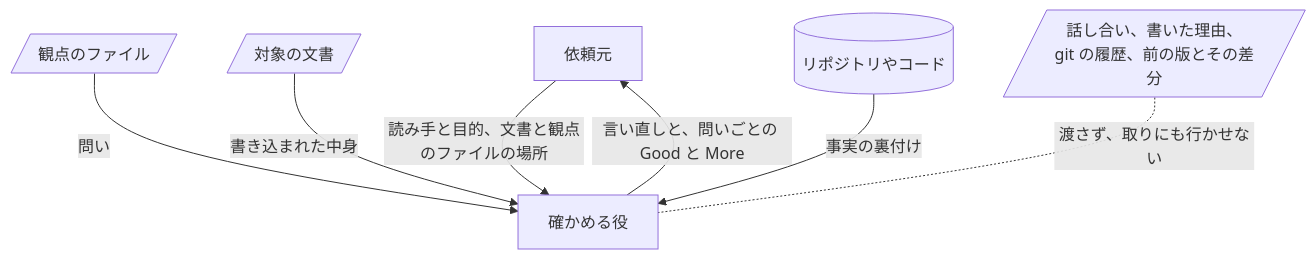
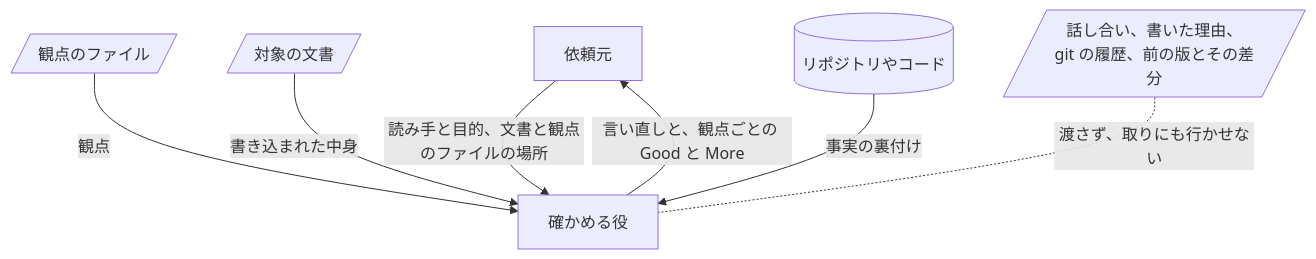
Before and after one commit to lovaizu/ccpm: the third of 5 diagrams in writ/docs/design.md, drawn with Mermaid. The commit also changed other lines of this file and 1 other file, not shown here.

````diff
--- a/writ/docs/design.md
+++ b/writ/docs/design.md
@@ -132,15 +132,15 @@
 ```mermaid
 flowchart TD
   R[依頼元]
   K[確かめる役]
   N[/話し合い、書いた理由、<br/>git の履歴、前の版とその差分/]
   E[/観点のファイル/]
   F[/対象の文書/]
   S[(リポジトリやコード)]
   R -->|読み手と目的、文書と観点のファイルの場所| K
-  E -->|問い| K
+  E -->|観点| K
   F -->|書き込まれた中身| K
   S -->|事実の裏付け| K
   N -.-|渡さず、取りにも行かせない| K
-  K -->|言い直しと、問いごとの Good と More| R
+  K -->|言い直しと、観点ごとの Good と More| R
 ```
````
